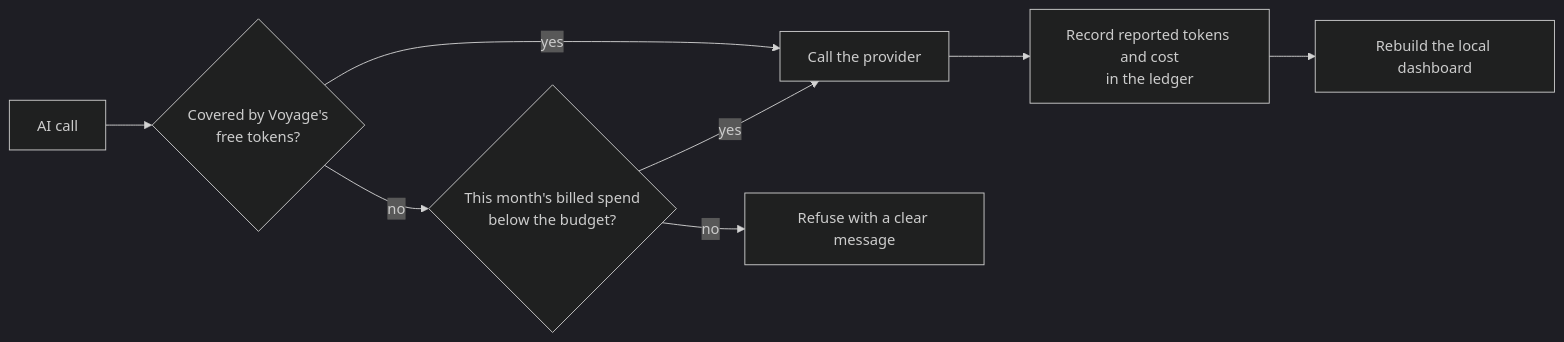
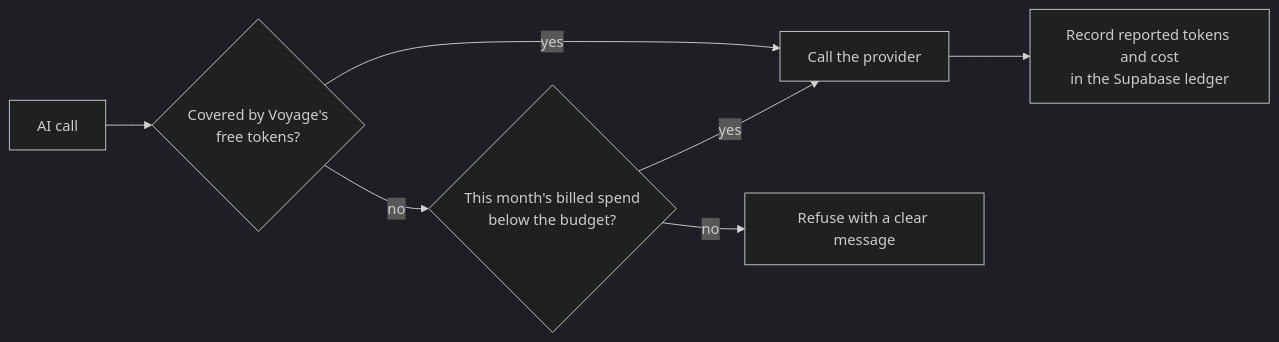
Before and after one commit to BilalIrfanContact/AskMyDoc: the third of 4 diagrams in README.md, drawn with Mermaid (dark theme). The commit also changed other lines of this file and 1 other file, not shown here.

Commit message:
Describe the Supabase spend ledger in the README and setup notes

````diff
--- a/README.md
+++ b/README.md
@@ -218,9 +218,9 @@
 ```mermaid
 flowchart LR
     CALL[AI call] --> FREE{Covered by Voyage's<br/>free tokens?}
     FREE -- yes --> RUN[Call the provider]
     FREE -- no --> SPENT{This month's billed spend<br/>below the budget?}
     SPENT -- yes --> RUN
     SPENT -- no --> STOP[Refuse with a clear message]
-    RUN --> LOG[Record reported tokens and cost<br/>in the ledger] --> DASH[Rebuild the local dashboard]
+    RUN --> LOG[Record reported tokens and cost<br/>in the Supabase ledger]
 ```
````
